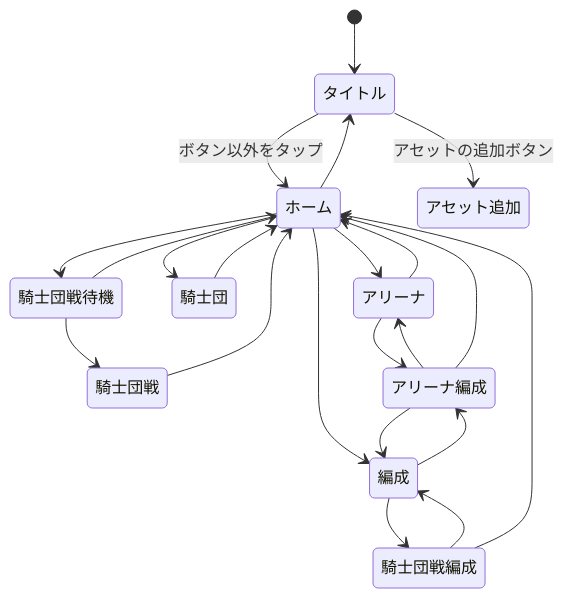
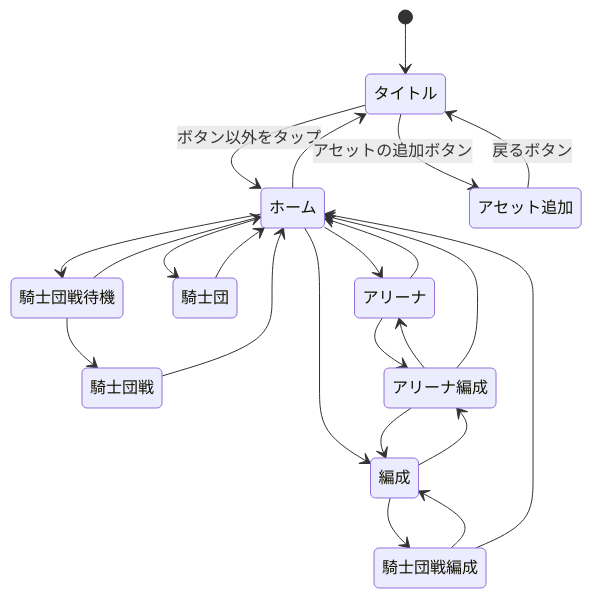
The diagram in design/client/scene_transition.md (ReHydrangeaOdyssey/Specifications), drawn with Mermaid before and after one commit. The commit also changed other lines of this file and 19 other files, not shown here.

````diff
--- a/design/client/scene_transition.md
+++ b/design/client/scene_transition.md
@@ -5,28 +5,29 @@
 ```mermaid
 stateDiagram-v2
     [*] --> タイトル
     タイトル --> ホーム: ボタン以外をタップ
     タイトル --> アセット追加: アセットの追加ボタン
+    アセット追加 --> タイトル: 戻るボタン
     ホーム --> タイトル
     ホーム --> 騎士団戦待機
     ホーム --> 騎士団
     ホーム --> アリーナ
     ホーム --> 編成
 
     アリーナ --> ホーム
     騎士団 --> ホーム
     騎士団戦 --> ホーム
 
     騎士団戦待機  --> 騎士団戦
     騎士団戦待機 --> ホーム
 
     編成 --> 騎士団戦編成
     騎士団戦編成 --> 編成
     騎士団戦編成 --> ホーム
 
     編成 --> アリーナ編成
     アリーナ編成 --> 編成
     アリーナ編成 --> アリーナ
     アリーナ編成 --> ホーム
     アリーナ --> アリーナ編成
 ```
````
